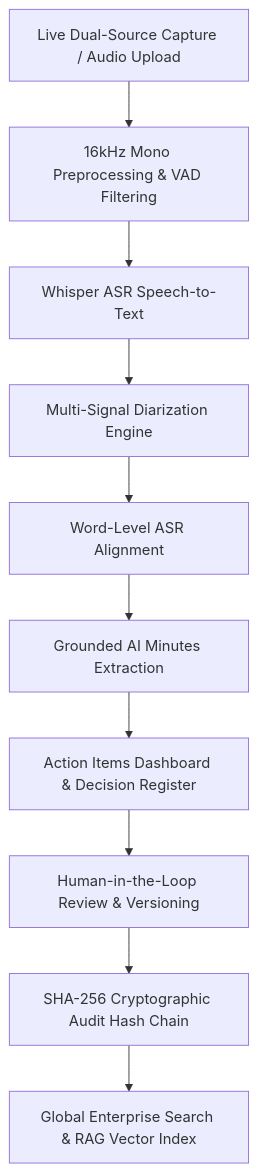
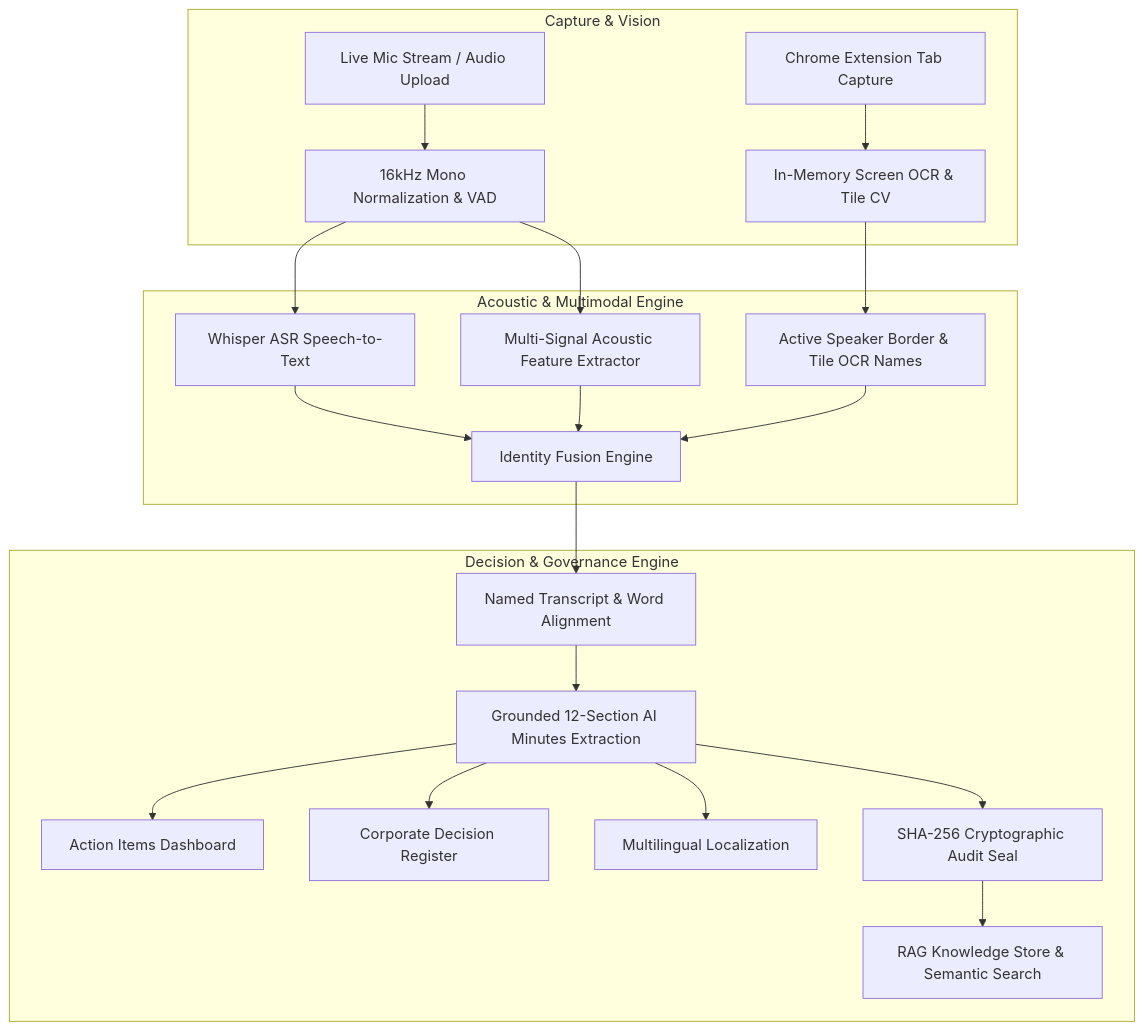
One commit to avummdedhiaa24-ship-it/minutes_analyzer changed the diagram in README.md. Above: the diagram before and after it, drawn with Mermaid. The commit also changed other lines of this file, not shown here.

Commit message:
docs: update README with full tech stack, AI model zoo, multimodal OCR architecture, and setup guide

````diff
--- a/README.md
+++ b/README.md
@@ -9,12 +17,24 @@
 ```mermaid
 graph TD
-    A[Live Dual-Source Capture / Audio Upload] --> B[16kHz Mono Preprocessing & VAD Filtering]
-    B --> C[Whisper ASR Speech-to-Text]
-    C --> D[Multi-Signal Diarization Engine]
-    D --> E[Word-Level ASR Alignment]
-    E --> F[Grounded AI Minutes Extraction]
-    F --> G[Action Items Dashboard & Decision Register]
-    G --> H[Human-in-the-Loop Review & Versioning]
-    H --> I[SHA-256 Cryptographic Audit Hash Chain]
-    I --> J[Global Enterprise Search & RAG Vector Index]
+    subgraph Capture & Vision
+        A1[Live Mic Stream / Audio Upload] --> B1[16kHz Mono Normalization & VAD]
+        A2[Chrome Extension Tab Capture] --> B2[In-Memory Screen OCR & Tile CV]
+    end
+
+    subgraph Acoustic & Multimodal Engine
+        B1 --> C1[Whisper ASR Speech-to-Text]
+        B1 --> C2[Multi-Signal Acoustic Feature Extractor]
+        B2 --> C3[Active Speaker Border & Tile OCR Names]
+        C1 & C2 & C3 --> D[Identity Fusion Engine]
+    end
+
+    subgraph Decision & Governance Engine
+        D --> E[Named Transcript & Word Alignment]
+        E --> F[Grounded 12-Section AI Minutes Extraction]
+        F --> G1[Action Items Dashboard]
+        F --> G2[Corporate Decision Register]
+        F --> G3[Multilingual Localization]
+        F --> H[SHA-256 Cryptographic Audit Seal]
+        H --> I[RAG Knowledge Store & Semantic Search]
+    end
 ```
````
